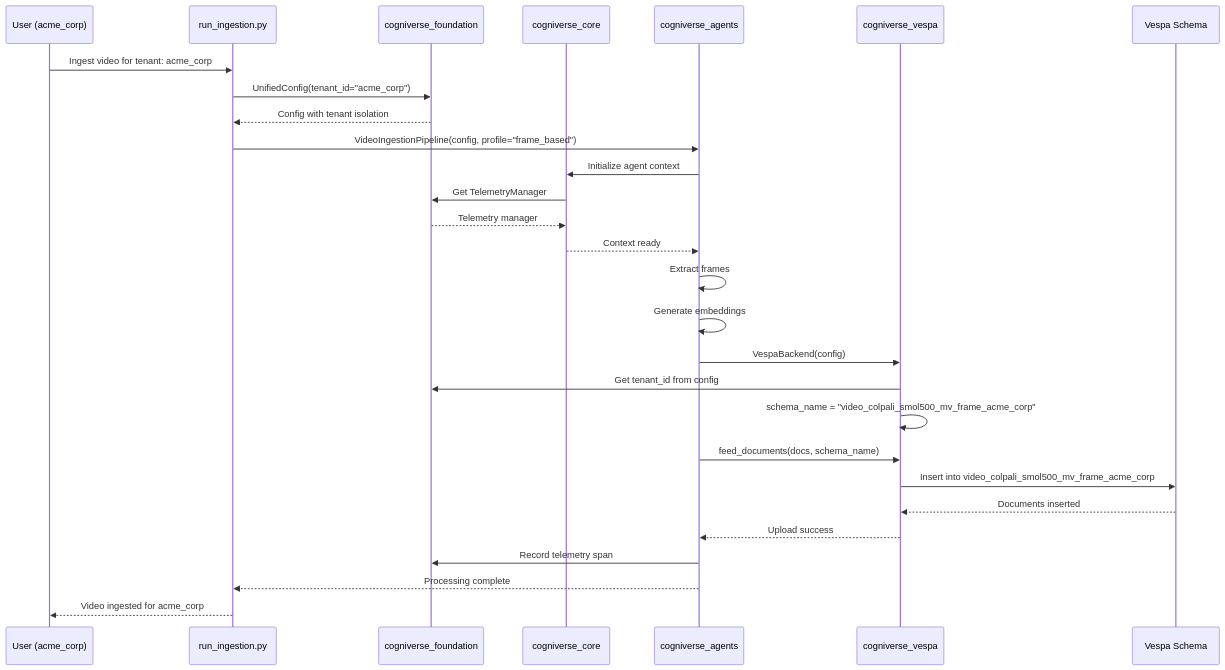
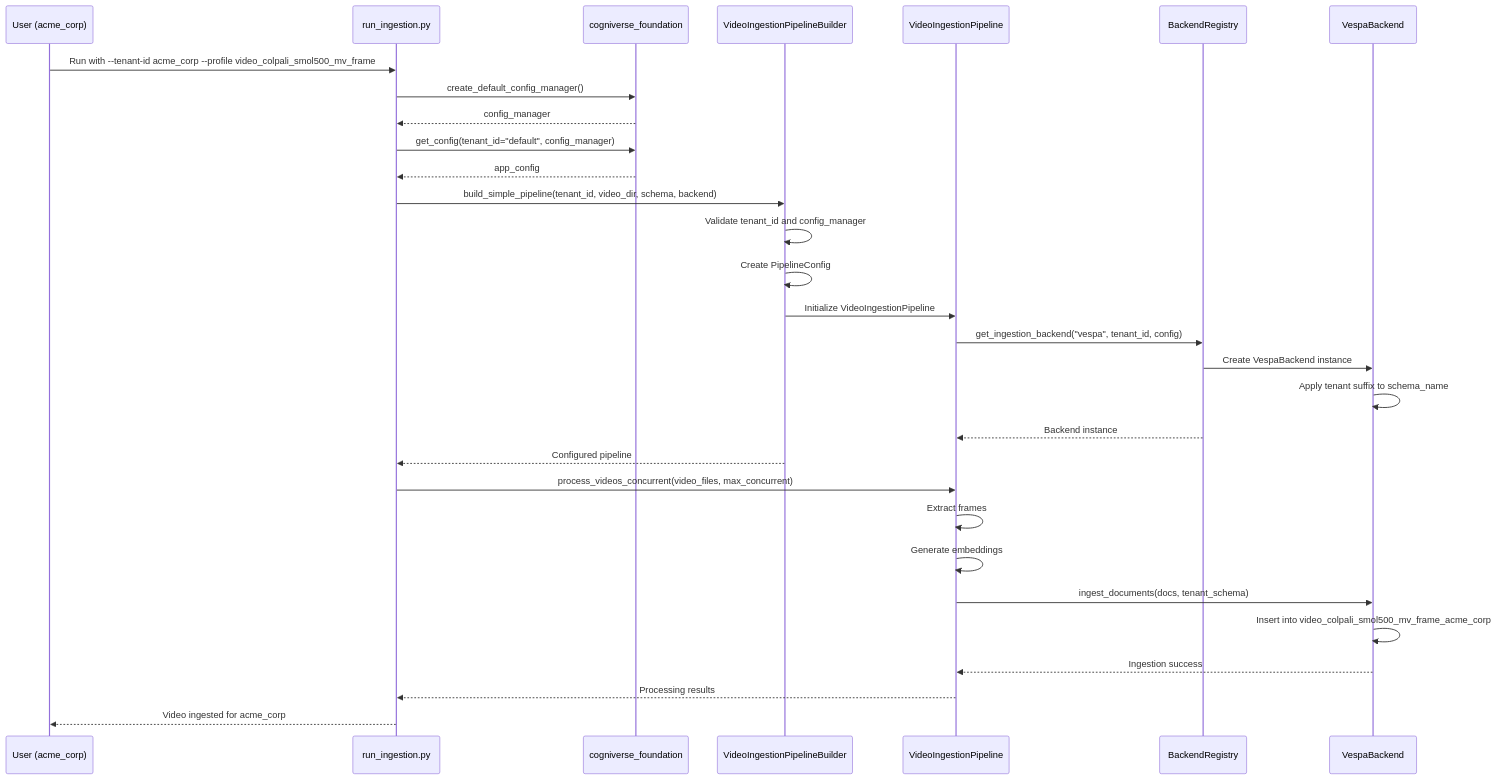
The seventh of 19 diagrams in docs/diagrams/multi-tenant-diagrams.md (amit-jain/cogniverse), drawn with Mermaid before and after one commit. The commit also changed other lines of this file and 83 other files, not shown here.

First line of the commit message:
Fix documentation veracity, formatting, and diagrams across all modules

````diff
--- a/docs/diagrams/multi-tenant-diagrams.md
+++ b/docs/diagrams/multi-tenant-diagrams.md
@@ -274,37 +306,38 @@
 ```mermaid
 sequenceDiagram
     participant User as User (acme_corp)
     participant Script as run_ingestion.py
     participant Foundation as cogniverse_foundation
-    participant Core as cogniverse_core
-    participant Agents as cogniverse_agents
-    participant Vespa as cogniverse_vespa
-    participant Schema as Vespa Schema
+    participant Builder as VideoIngestionPipelineBuilder
+    participant Pipeline as VideoIngestionPipeline
+    participant Registry as BackendRegistry
+    participant Vespa as VespaBackend
 
-    User->>Script: Ingest video for tenant: acme_corp
+    User->>Script: Run with --tenant-id acme_corp --profile video_colpali_smol500_mv_frame
 
-    Script->>Foundation: UnifiedConfig(tenant_id="acme_corp")
-    Foundation-->>Script: Config with tenant isolation
+    Script->>Foundation: create_default_config_manager()
+    Foundation-->>Script: config_manager
 
-    Script->>Agents: VideoIngestionPipeline(config, profile="frame_based")
-    Agents->>Core: Initialize agent context
-    Core->>Foundation: Get TelemetryManager
-    Foundation-->>Core: Telemetry manager
-    Core-->>Agents: Context ready
+    Script->>Foundation: get_config(tenant_id="default", config_manager)
+    Foundation-->>Script: app_config
 
-    Agents->>Agents: Extract frames
-    Agents->>Agents: Generate embeddings
+    Script->>Builder: build_simple_pipeline(tenant_id, video_dir, schema, backend)
+    Builder->>Builder: Validate tenant_id and config_manager
+    Builder->>Builder: Create PipelineConfig
+    Builder->>Pipeline: Initialize VideoIngestionPipeline
+    Pipeline->>Registry: get_ingestion_backend("vespa", tenant_id, config)
+    Registry->>Vespa: Create VespaBackend instance
+    Vespa->>Vespa: Apply tenant suffix to schema_name
+    Registry-->>Pipeline: Backend instance
+    Builder-->>Script: Configured pipeline
 
-    Agents->>Vespa: VespaBackend(config)
-    Vespa->>Foundation: Get tenant_id from config
-    Vespa->>Vespa: schema_name = "video_colpali_smol500_mv_frame_acme_corp"
+    Script->>Pipeline: process_videos_concurrent(video_files, max_concurrent)
+    Pipeline->>Pipeline: Extract frames
+    Pipeline->>Pipeline: Generate embeddings
+    Pipeline->>Vespa: ingest_documents(docs, tenant_schema)
+    Vespa->>Vespa: Insert into video_colpali_smol500_mv_frame_acme_corp
+    Vespa-->>Pipeline: Ingestion success
 
-    Agents->>Vespa: feed_documents(docs, schema_name)
-    Vespa->>Schema: Insert into video_colpali_smol500_mv_frame_acme_corp
-    Schema-->>Vespa: Documents inserted
-
-    Vespa-->>Agents: Upload success
-    Agents->>Foundation: Record telemetry span
-    Agents-->>Script: Processing complete
+    Pipeline-->>Script: Processing results
     Script-->>User: Video ingested for acme_corp
 ```
````
